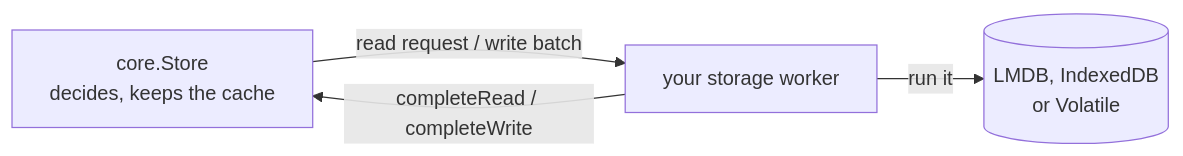
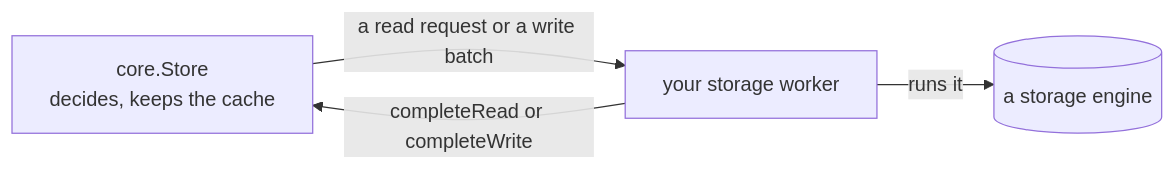
The diagram in docs/loam/store.md (glowcap-org/glowcap), drawn with Mermaid before and after one commit. The commit also changed other lines of this file and 2261 other files, not shown here.

````diff
--- a/docs/loam/store.md
+++ b/docs/loam/store.md
@@ -12,6 +21,6 @@
 ```mermaid
 flowchart LR
-    Store["core.Store<br/>decides, keeps the cache"] -- "read request / write batch" --> Worker["your storage worker"]
-    Worker -- "run it" --> Backend[("LMDB, IndexedDB<br/>or Volatile")]
-    Worker -- "completeRead / completeWrite" --> Store
+    Store["core.Store<br/>decides, keeps the cache"] -->|"a read request or a write batch"| Worker["your storage worker"]
+    Worker -->|"runs it"| Backend[("a storage engine")]
+    Worker -->|"completeRead or completeWrite"| Store
 ```
````
